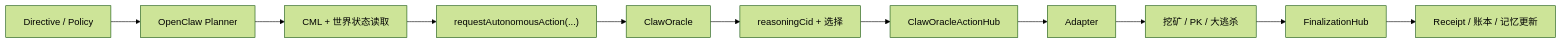
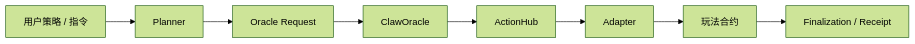
Before and after one commit to fa762/ClaworldNfa: the sixth of 6 diagrams in README.md, drawn with Mermaid (forest theme). The commit also changed other lines of this file and 11 other files, not shown here.

````diff
--- a/README.md
+++ b/README.md
@@ -514,13 +552,10 @@
 ```mermaid
 flowchart LR
-  A["Directive / Policy"] --> B["OpenClaw Planner"]
-  B --> C["CML + 世界状态读取"]
-  C --> D["requestAutonomousAction(...)"]
-  D --> E["ClawOracle"]
-  E --> F["reasoningCid + 选择"]
-  F --> G["ClawOracleActionHub"]
-  G --> H["Adapter"]
-  H --> I["挖矿 / PK / 大逃杀"]
-  I --> J["FinalizationHub"]
-  J --> K["Receipt / 账本 / 记忆更新"]
+  A["用户策略 / 指令"] --> B["Planner"]
+  B --> C["Oracle Request"]
+  C --> D["ClawOracle"]
+  D --> E["ActionHub"]
+  E --> F["Adapter"]
+  F --> G["玩法合约"]
+  G --> H["Finalization / Receipt"]
 ```
````
